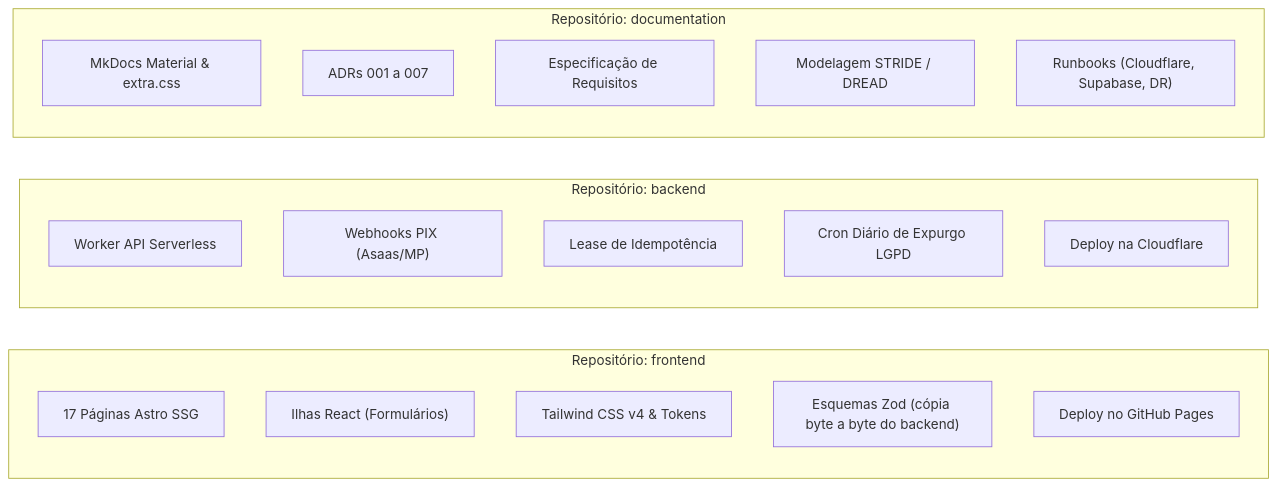
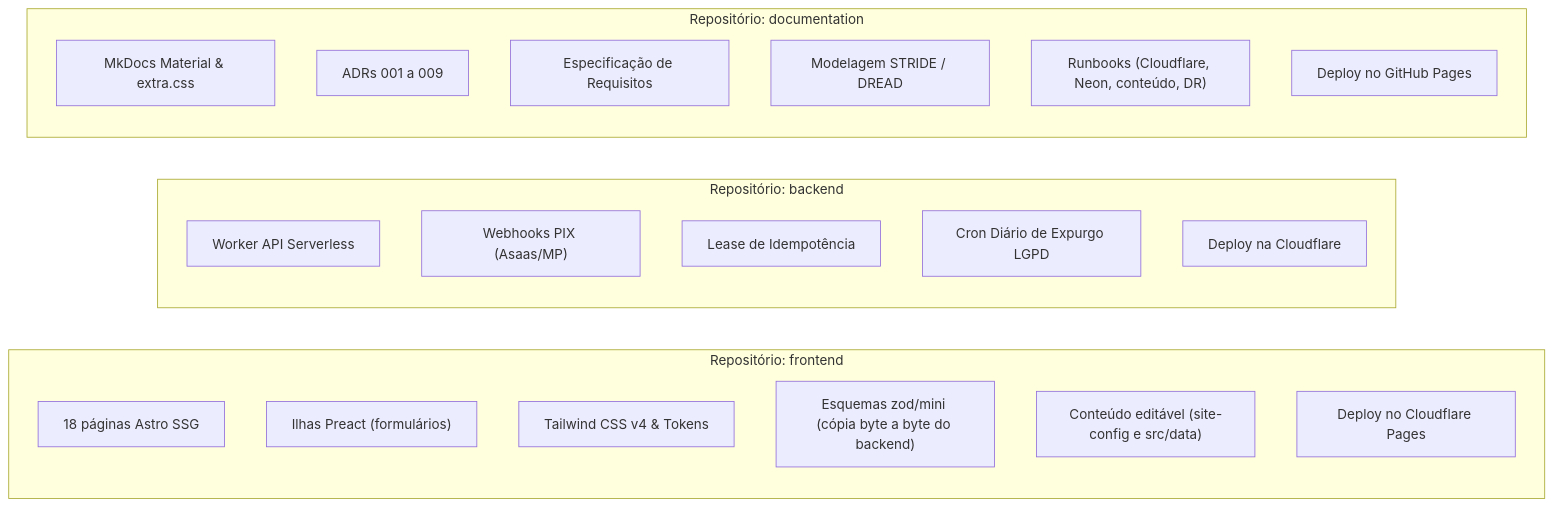
The diagram in docs/architecture/repositories-scope.md (purelifeministriesbrasil/documentation), drawn with Mermaid before and after one commit. The commit also changed other lines of this file and 40 other files, not shown here.

First line of the commit message:
docs: atualiza para Neon/Hyperdrive, conteúdo do site novo e revisão ortográfica

````diff
--- a/docs/architecture/repositories-scope.md
+++ b/docs/architecture/repositories-scope.md
@@ -11,30 +11,31 @@
 ```mermaid
 flowchart LR
     subgraph RepoFront["Repositório: frontend"]
         direction TB
-        AstroPages["17 Páginas Astro SSG"]
-        ReactIslands["Ilhas React (Formulários)"]
+        AstroPages["18 páginas Astro SSG"]
+        PreactIslands["Ilhas Preact (formulários)"]
         TailwindV4["Tailwind CSS v4 & Tokens"]
-        LocalSchemas["Esquemas Zod (cópia byte a byte do backend)"]
+        LocalSchemas["Esquemas zod/mini (cópia byte a byte do backend)"]
+        ContentData["Conteúdo editável (site-config e src/data)"]
         DeployPages["Deploy no Cloudflare Pages"]
     end
 
     subgraph RepoBack["Repositório: backend"]
         direction TB
         WorkerAPI["Worker API Serverless"]
         Webhooks["Webhooks PIX (Asaas/MP)"]
         Idempotency["Lease de Idempotência"]
         CronPurge["Cron Diário de Expurgo LGPD"]
         DeployWorker["Deploy na Cloudflare"]
     end
 
     subgraph RepoDocs["Repositório: documentation"]
         direction TB
         MkDocsConfig["MkDocs Material & extra.css"]
-        ADRs["ADRs 001 a 007"]
+        ADRs["ADRs 001 a 009"]
         SRS["Especificação de Requisitos"]
         AppSec["Modelagem STRIDE / DREAD"]
-        Runbooks["Runbooks (Cloudflare, Supabase, DR)"]
-        DeployPages["Deploy no GitHub Pages"]
+        Runbooks["Runbooks (Cloudflare, Neon, conteúdo, DR)"]
+        DeployGhPages["Deploy no GitHub Pages"]
     end
 ```
````
